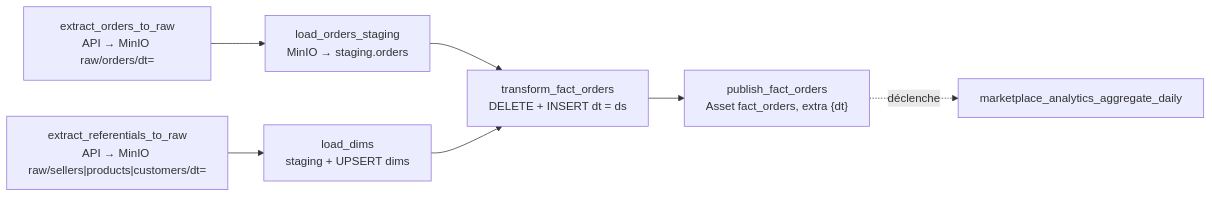
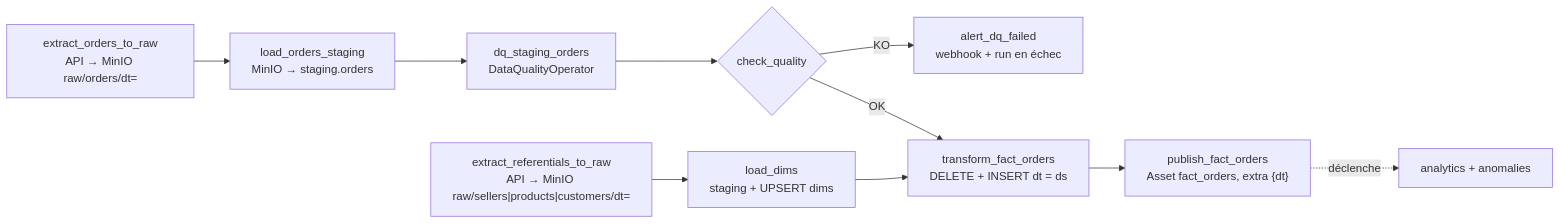
One commit to bhvvl/projet-final-marketplace changed the third of 3 diagrams in README.md. Above: the diagram before and after it, drawn with Mermaid. The commit also changed other lines of this file and 7 other files, not shown here.

First line of the commit message:
Bonus : DAG marketplace_anomaly_detect_daily et dashboard Anomalies

````diff
--- a/README.md
+++ b/README.md
@@ -83,9 +83,12 @@
 ```mermaid
 flowchart LR
     eo["extract_orders_to_raw<br/>API → MinIO raw/orders/dt="] --> lo["load_orders_staging<br/>MinIO → staging.orders"]
     er["extract_referentials_to_raw<br/>API → MinIO raw/sellers|products|customers/dt="] --> ld["load_dims<br/>staging + UPSERT dims"]
-    lo --> tf["transform_fact_orders<br/>DELETE + INSERT dt = ds"]
+    lo --> dq["dq_staging_orders<br/>DataQualityOperator"]
+    dq --> br{"check_quality"}
+    br -- "KO" --> alert["alert_dq_failed<br/>webhook + run en échec"]
+    br -- "OK" --> tf["transform_fact_orders<br/>DELETE + INSERT dt = ds"]
     ld --> tf
     tf --> pub["publish_fact_orders<br/>Asset fact_orders, extra {dt}"]
-    pub -. "déclenche" .-> aval["marketplace_analytics_aggregate_daily"]
+    pub -. "déclenche" .-> aval["analytics + anomalies"]
 ```
````
